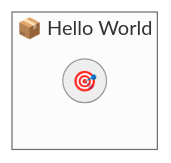
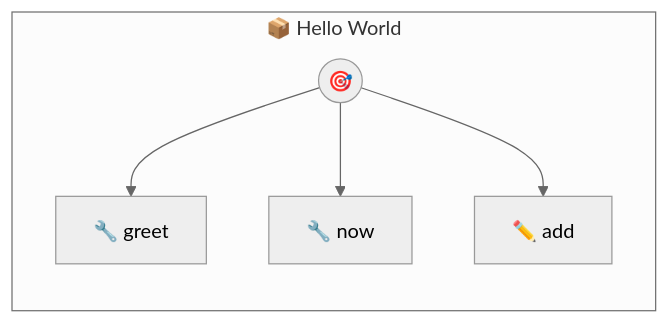
The diagram in hello-world.md (portel-dev/photons), drawn with Mermaid (neutral theme) before and after one commit. The commit also changed other lines of this file and 13 other files, not shown here.

````diff
--- a/hello-world.md
+++ b/hello-world.md
@@ -25,7 +67,13 @@
 ```mermaid
 flowchart LR
     subgraph hello_world["📦 Hello World"]
         direction TB
         PHOTON((🎯))
+        T0[🔧 greet]
+        PHOTON --> T0
+        T1[🔧 now]
+        PHOTON --> T1
+        T2[✏️ add]
+        PHOTON --> T2
     end
 ```
````
